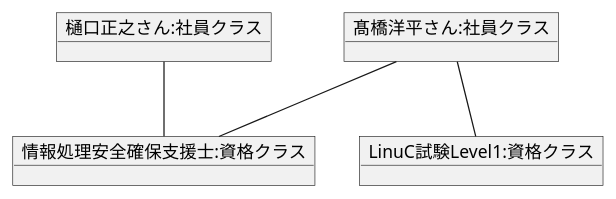
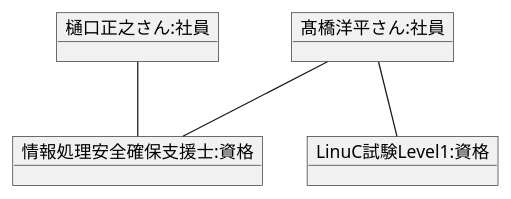
Before and after one commit to papipuponpon/uml-introduction: the diagram in 演習3-6_OBJ_資格取得のオブジェクト図.pu, drawn with PlantUML. The commit also changed 3 other files, not shown here.

```diff
--- a/演習3-6_OBJ_資格取得のオブジェクト図.pu
+++ b/演習3-6_OBJ_資格取得のオブジェクト図.pu
@@ -1,18 +1,18 @@
 @startuml 演習３－６
-object "髙橋洋平さん:社員クラス" as s1{
+object "髙橋洋平さん:社員" as s1{
 
 }
-object "樋口正之さん:社員クラス" as s2{
+object "樋口正之さん:社員" as s2{
     
 }
-object "情報処理安全確保支援士:資格クラス" as j{
+object "情報処理安全確保支援士:資格" as j{
 
 }
-object "LinuC試験Level1:資格クラス" as LinuC{
+object "LinuC試験Level1:資格" as LinuC{
 
 }
 s1 -- j
 s1 -- LinuC
 s2 -- j
 
 @enduml
```
